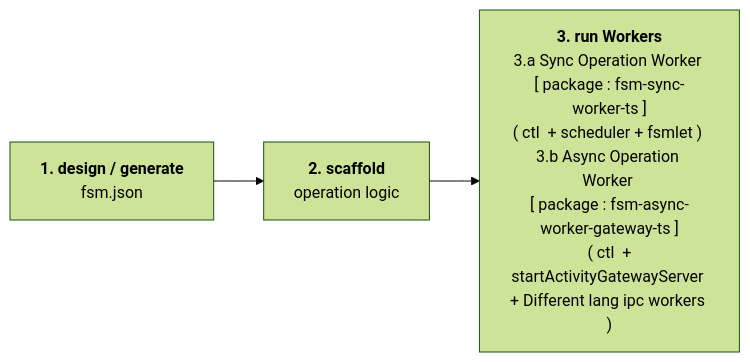
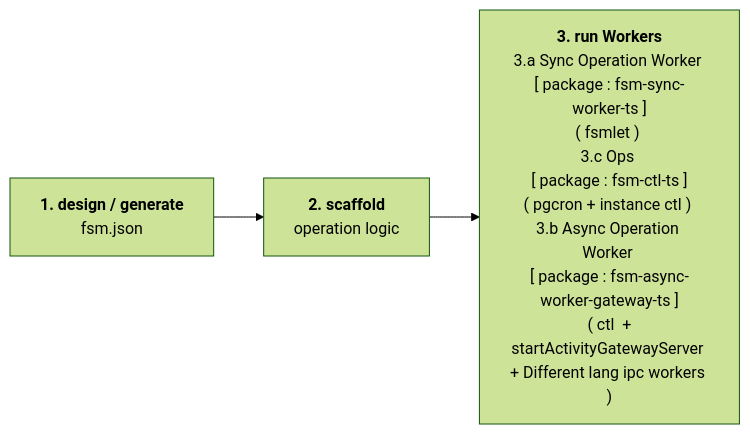
Before and after one commit to pgfsm/fsm: the diagram in DEVELOPER.md, drawn with Mermaid (forest theme). The commit also changed other lines of this file and 74 other files, not shown here.

First line of the commit message:
feat(ctl): add @pgfsm/ctl (pgfsmctl), make sync-worker library-only, remove fsm-devstack-ts (#411)

````diff
--- a/DEVELOPER.md
+++ b/DEVELOPER.md
@@ -22,5 +22,5 @@
 ```mermaid
 flowchart LR
     A["<b>1. design / generate</b><br/>fsm.json"] --> B["<b>2. scaffold</b><br/>operation logic"]
-    B --> C["<b>3. run Workers</b><br>3.a Sync Operation Worker <br>[ package : fsm-sync-worker-ts ]<br>( ctl  + scheduler + fsmlet ) <br>3.b Async Operation Worker <br>[ package : fsm-async-worker-gateway-ts ]<br> ( ctl  + startActivityGatewayServer + Different lang ipc workers )"]
+    B --> C["<b>3. run Workers</b><br>3.a Sync Operation Worker <br>[ package : fsm-sync-worker-ts ]<br>( fsmlet ) <br>3.c Ops <br>[ package : fsm-ctl-ts ]<br>( pgcron + instance ctl ) <br>3.b Async Operation Worker <br>[ package : fsm-async-worker-gateway-ts ]<br> ( ctl  + startActivityGatewayServer + Different lang ipc workers )"]
 ```
````
